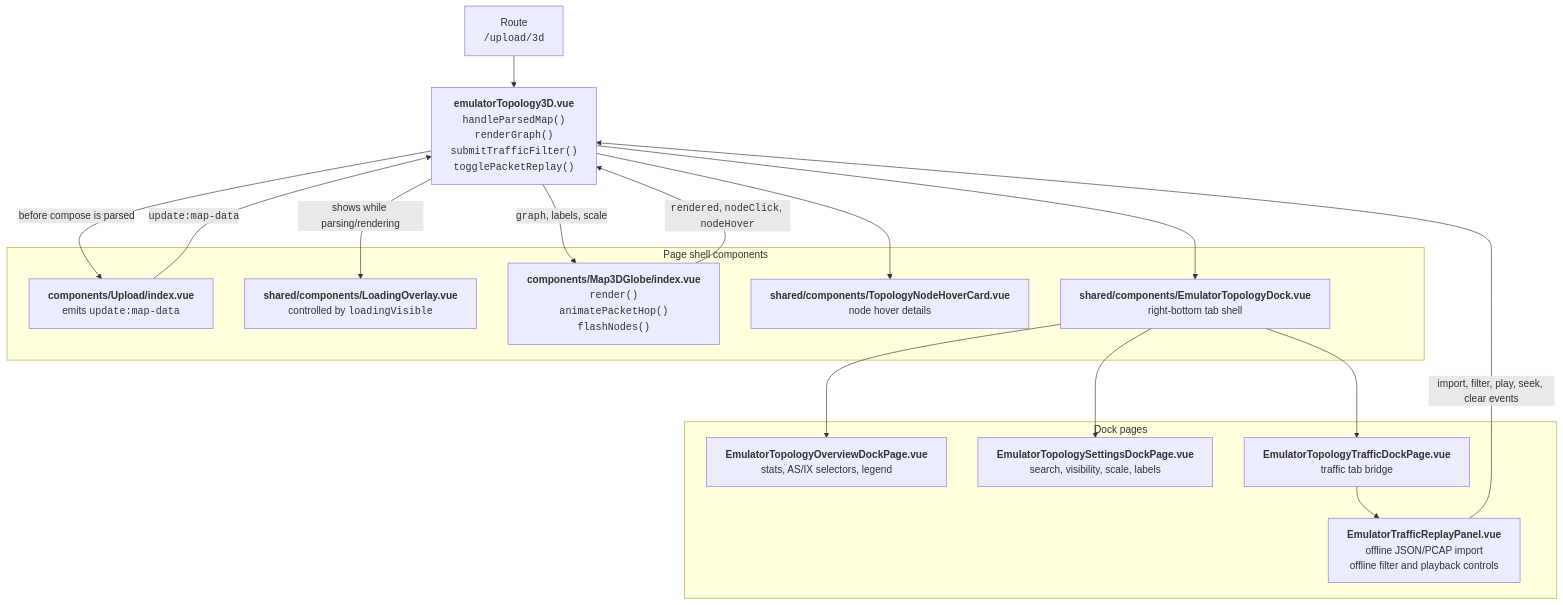
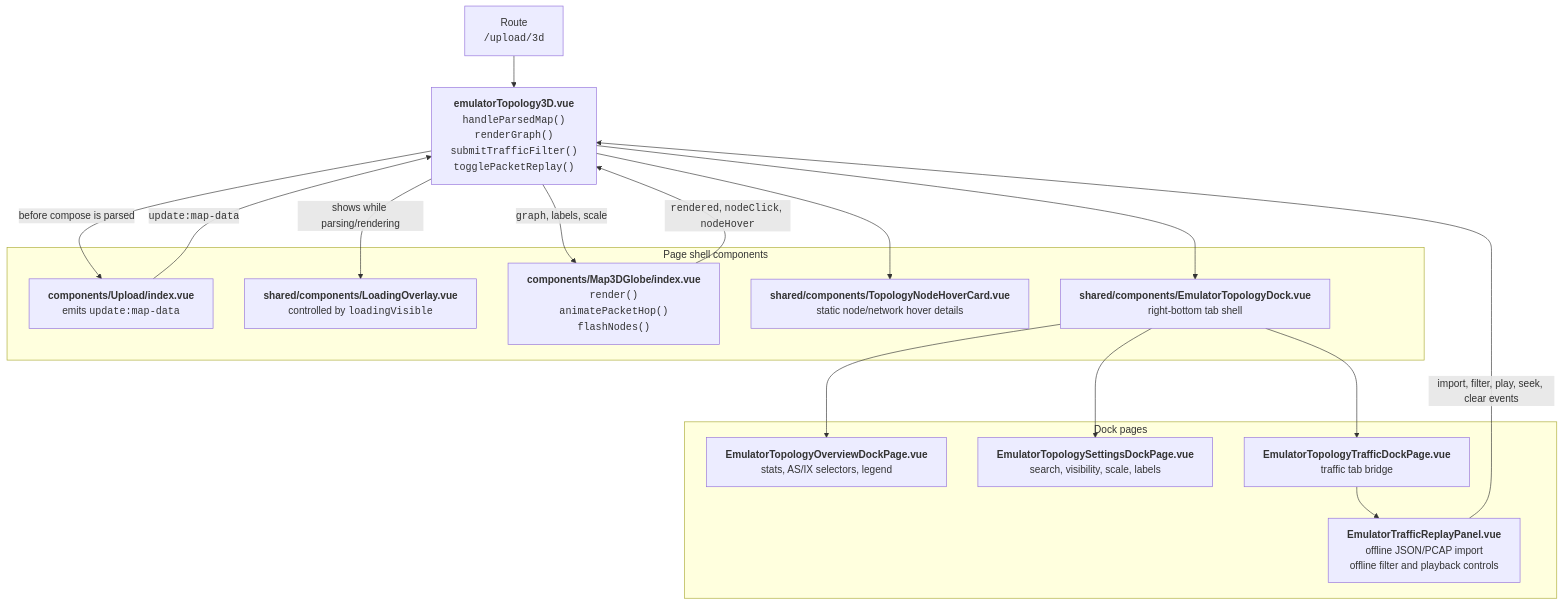
Before and after one commit to cy-gitlab/seed-visualization: the second of 10 diagrams in docs/internet-map-globe.md, drawn with Mermaid. The commit also changed other lines of this file and 25 other files, not shown here.

````diff
--- a/docs/internet-map-globe.md
+++ b/docs/internet-map-globe.md
@@ -64,35 +66,35 @@
 ```mermaid
 %%{init: {"flowchart": {"useMaxWidth": true, "htmlLabels": true}} }%%
 flowchart TB
   Route["Route<br/><code>/upload/3d</code>"]
   Page["<b>emulatorTopology3D.vue</b><br/><code>handleParsedMap()</code><br/><code>renderGraph()</code><br/><code>submitTrafficFilter()</code><br/><code>togglePacketReplay()</code>"]
 
   subgraph Shell["Page shell components"]
     Upload["<b>components/Upload/index.vue</b><br/>emits <code>update:map-data</code>"]
     Loading["<b>shared/components/LoadingOverlay.vue</b><br/>controlled by <code>loadingVisible</code>"]
     Globe["<b>components/Map3DGlobe/index.vue</b><br/><code>render()</code><br/><code>animatePacketHop()</code><br/><code>flashNodes()</code>"]
-    Hover["<b>shared/components/TopologyNodeHoverCard.vue</b><br/>node hover details"]
+    Hover["<b>shared/components/TopologyNodeHoverCard.vue</b><br/>static node/network hover details"]
     Dock["<b>shared/components/EmulatorTopologyDock.vue</b><br/>right-bottom tab shell"]
   end
 
   subgraph DockPages["Dock pages"]
     Overview["<b>EmulatorTopologyOverviewDockPage.vue</b><br/>stats, AS/IX selectors, legend"]
     Settings["<b>EmulatorTopologySettingsDockPage.vue</b><br/>search, visibility, scale, labels"]
     TrafficDock["<b>EmulatorTopologyTrafficDockPage.vue</b><br/>traffic tab bridge"]
     Replay["<b>EmulatorTrafficReplayPanel.vue</b><br/>offline JSON/PCAP import<br/>offline filter and playback controls"]
   end
 
   Route --> Page
   Page -->|"before compose is parsed"| Upload
   Upload -->|"<code>update:map-data</code>"| Page
   Page -->|"shows while parsing/rendering"| Loading
   Page -->|"<code>graph</code>, labels, scale"| Globe
   Globe -->|"<code>rendered</code>, <code>nodeClick</code>, <code>nodeHover</code>"| Page
   Page --> Hover
   Page --> Dock
   Dock --> Overview
   Dock --> Settings
   Dock --> TrafficDock
   TrafficDock --> Replay
   Replay -->|"import, filter, play, seek, clear events"| Page
 ```
````
